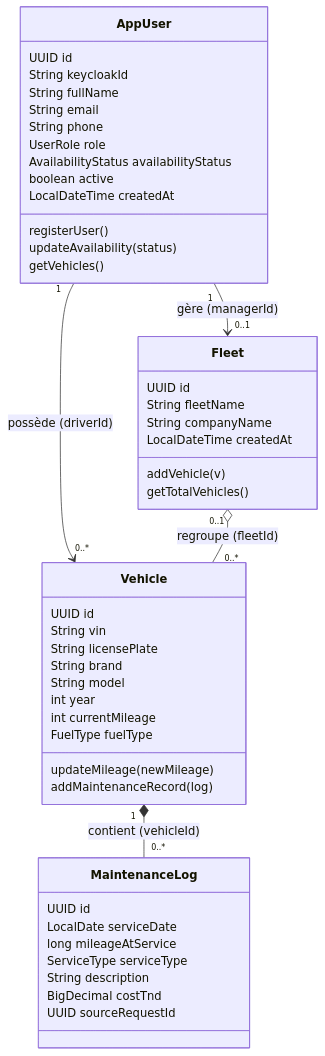
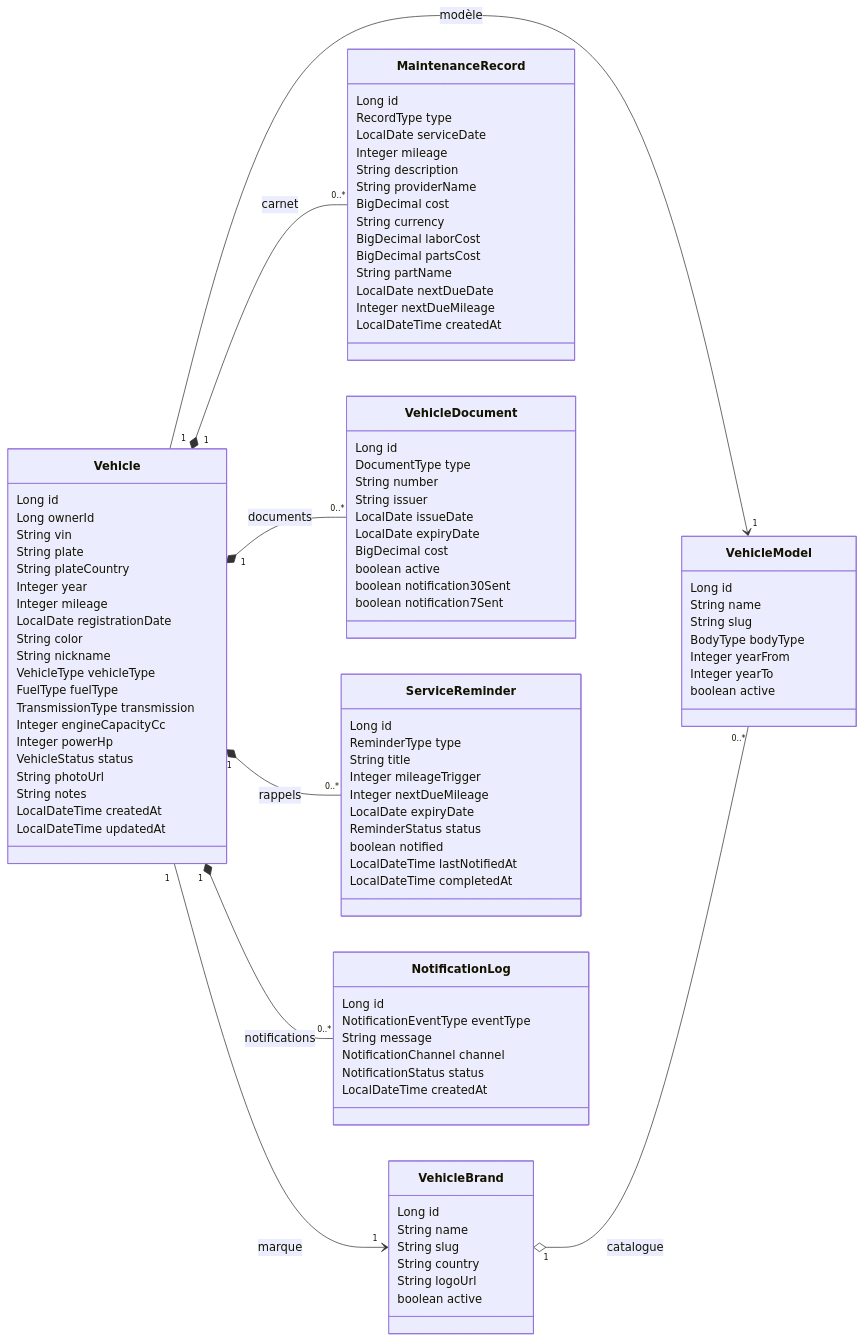
Before and after one commit to jelassiaymen94/Mecanico: the diagram in Documentation/Diagrams/ms1-class-diagram.mmd, drawn with Mermaid. The commit also changed 128 other files, not shown here.

```diff
--- a/Documentation/Diagrams/ms1-class-diagram.mmd
+++ b/Documentation/Diagrams/ms1-class-diagram.mmd
@@ -1,48 +1,104 @@
 classDiagram
-  class AppUser {
-    UUID id
-    String keycloakId
-    String fullName
-    String email
-    String phone
-    UserRole role
-    AvailabilityStatus availabilityStatus
+  direction LR
+
+  class Vehicle {
+    Long id
+    Long ownerId
+    String vin
+    String plate
+    String plateCountry
+    Integer year
+    Integer mileage
+    LocalDate registrationDate
+    String color
+    String nickname
+    VehicleType vehicleType
+    FuelType fuelType
+    TransmissionType transmission
+    Integer engineCapacityCc
+    Integer powerHp
+    VehicleStatus status
+    String photoUrl
+    String notes
+    LocalDateTime createdAt
+    LocalDateTime updatedAt
+  }
+
+  class VehicleBrand {
+    Long id
+    String name
+    String slug
+    String country
+    String logoUrl
     boolean active
+  }
+
+  class VehicleModel {
+    Long id
+    String name
+    String slug
+    BodyType bodyType
+    Integer yearFrom
+    Integer yearTo
+    boolean active
+  }
+
+  class MaintenanceRecord {
+    Long id
+    RecordType type
+    LocalDate serviceDate
+    Integer mileage
+    String description
+    String providerName
+    BigDecimal cost
+    String currency
+    BigDecimal laborCost
+    BigDecimal partsCost
+    String partName
+    LocalDate nextDueDate
+    Integer nextDueMileage
     LocalDateTime createdAt
-    registerUser()
-    updateAvailability(status)
-    getVehicles()
   }
-  class Fleet {
-    UUID id
-    String fleetName
-    String companyName
+
+  class VehicleDocument {
+    Long id
+    DocumentType type
+    String number
+    String issuer
+    LocalDate issueDate
+    LocalDate expiryDate
+    BigDecimal cost
+    boolean active
+    boolean notification30Sent
+    boolean notification7Sent
+  }
+
+  class ServiceReminder {
+    Long id
+    ReminderType type
+    String title
+    Integer mileageTrigger
+    Integer nextDueMileage
+    LocalDate expiryDate
+    ReminderStatus status
+    boolean notified
+    LocalDateTime lastNotifiedAt
+    LocalDateTime completedAt
+  }
+
+  class NotificationLog {
+    Long id
+    NotificationEventType eventType
+    String message
+    NotificationChannel channel
+    NotificationStatus status
     LocalDateTime createdAt
-    addVehicle(v)
-    getTotalVehicles()
   }
-  class Vehicle {
-    UUID id
-    String vin
-    String licensePlate
-    String brand
-    String model
-    int year
-    int currentMileage
-    FuelType fuelType
-    updateMileage(newMileage)
-    addMaintenanceRecord(log)
-  }
-  class MaintenanceLog {
-    UUID id
-    LocalDate serviceDate
-    long mileageAtService
-    ServiceType serviceType
-    String description
-    BigDecimal costTnd
-    UUID sourceRequestId
-  }
-  AppUser "1" --> "0..*" Vehicle : possède (driverId)
-  AppUser "1" --> "0..1" Fleet : gère (managerId)
-  Fleet "0..1" o-- "0..*" Vehicle : regroupe (fleetId)
-  Vehicle "1" *-- "0..*" MaintenanceLog : contient (vehicleId)
+
+  Vehicle "1" --> "1" VehicleBrand : marque
+  Vehicle "1" --> "1" VehicleModel : modèle
+  Vehicle "1" *-- "0..*" MaintenanceRecord : carnet
+  Vehicle "1" *-- "0..*" VehicleDocument : documents
+  Vehicle "1" *-- "0..*" ServiceReminder : rappels
+  Vehicle "1" *-- "0..*" NotificationLog : notifications
+  VehicleBrand "1" o-- "0..*" VehicleModel : catalogue
```
